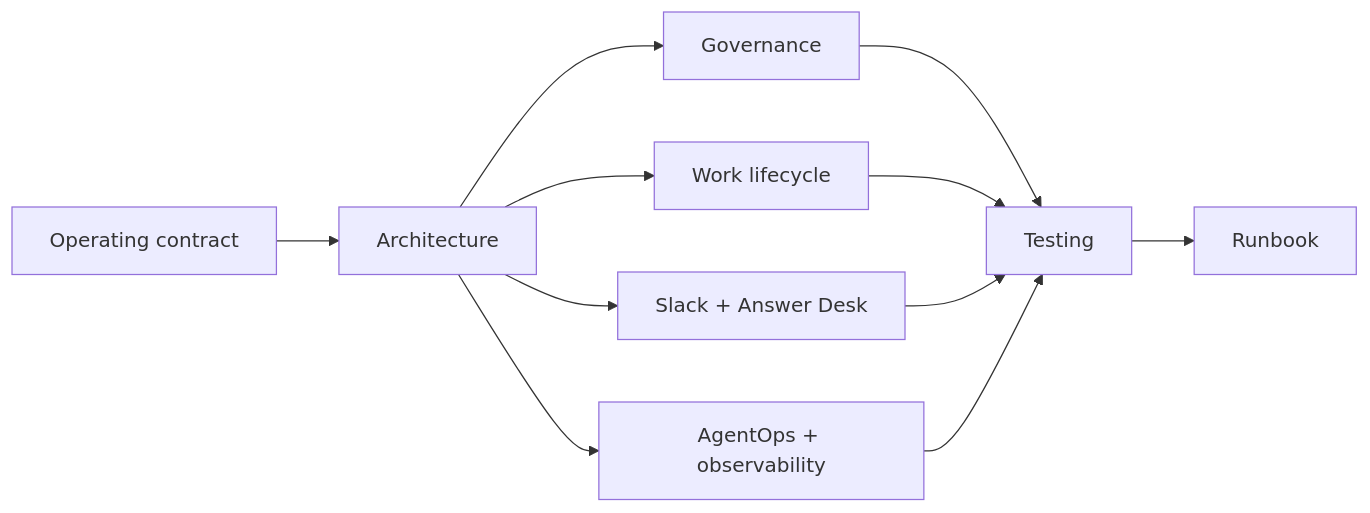
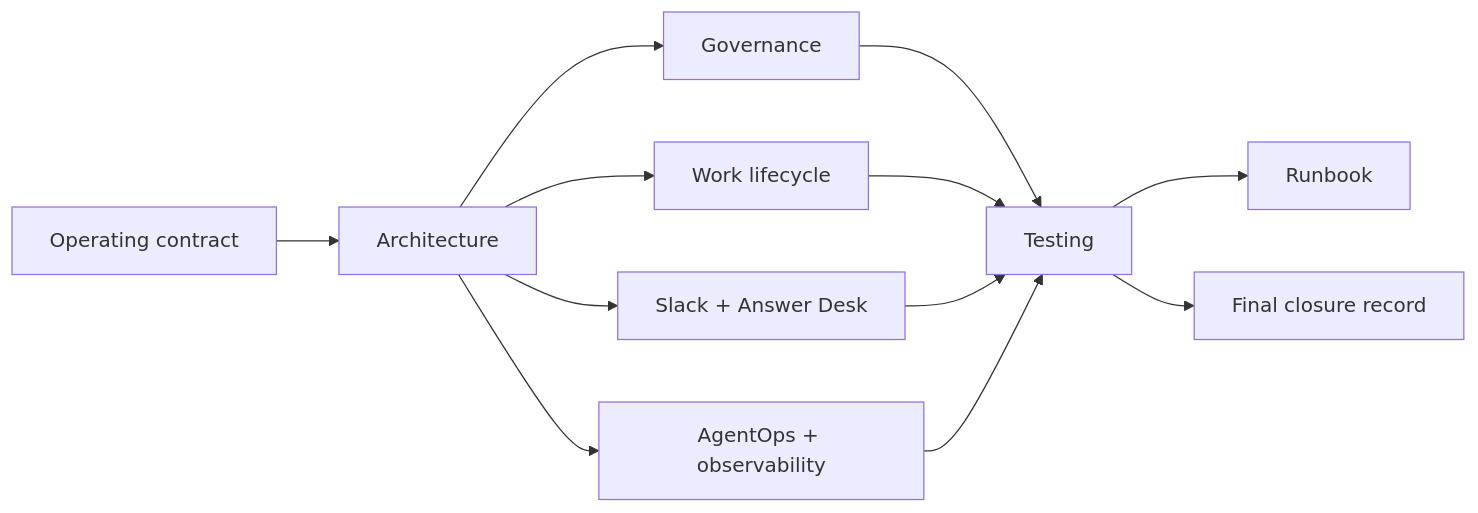
The diagram in docs/README.md (mkleinbe/mesh-ai-agent-cos-universe), drawn with Mermaid before and after one commit. The commit also changed other lines of this file, not shown here.

Commit message:
docs: index final Phase 1 closure records

````diff
--- a/docs/README.md
+++ b/docs/README.md
@@ -5,13 +5,14 @@
 ```mermaid
 flowchart LR
     C[Operating contract] --> A[Architecture]
     A --> G[Governance]
     A --> W[Work lifecycle]
     A --> S[Slack + Answer Desk]
     A --> O[AgentOps + observability]
     G --> T[Testing]
     W --> T
     S --> T
     O --> T
     T --> R[Runbook]
+    T --> FC[Final closure record]
 ```
````
